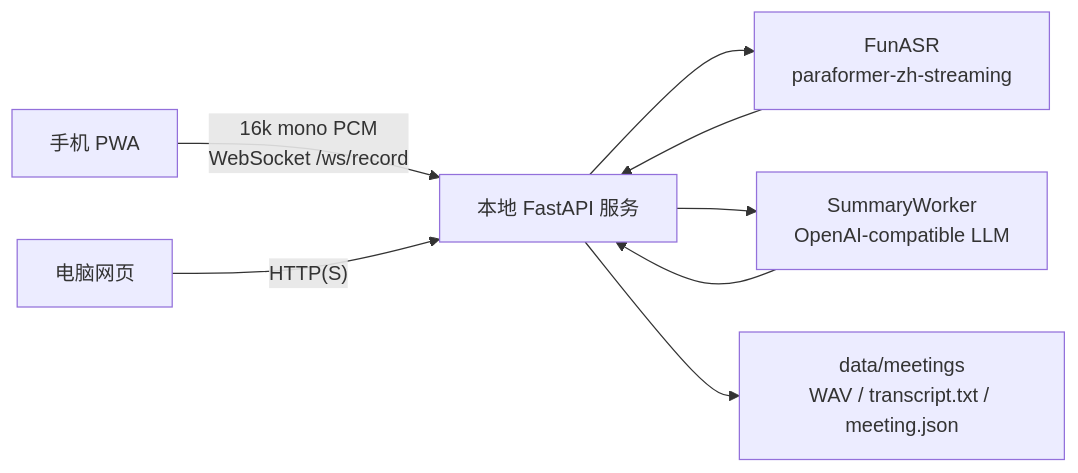
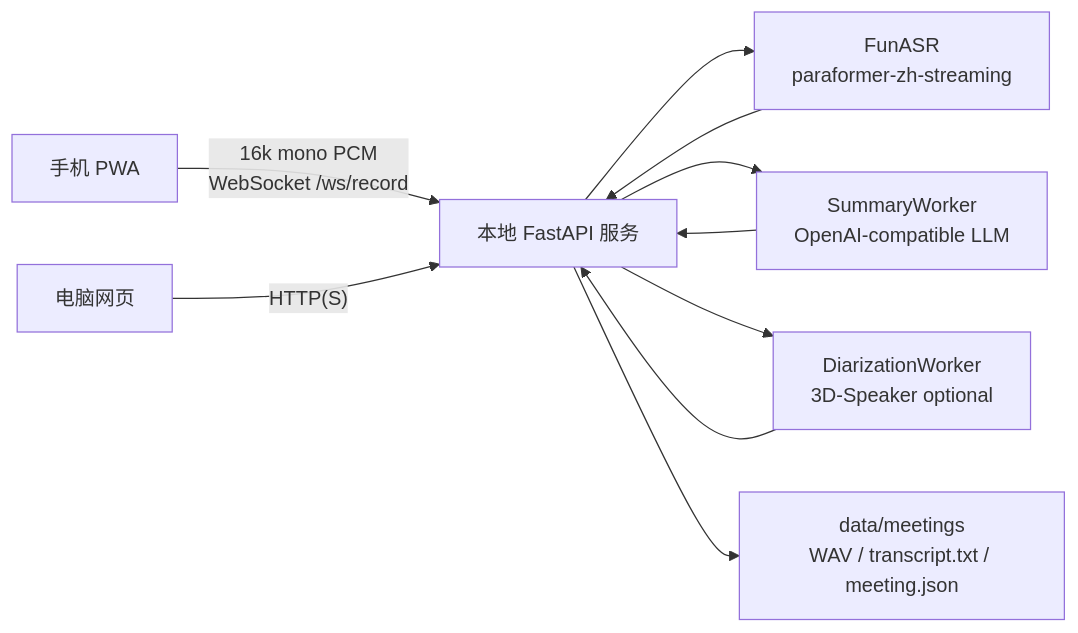
The diagram in docs/ARCHITECTURE.md (bhtbwh/miaoji), drawn with Mermaid before and after one commit. The commit also changed other lines of this file and 14 other files, not shown here.

Commit message:
Add post-meeting speaker diarization

````diff
--- a/docs/ARCHITECTURE.md
+++ b/docs/ARCHITECTURE.md
@@ -21,10 +23,12 @@
 ```mermaid
 flowchart LR
   Phone["手机 PWA"] -->|"16k mono PCM\nWebSocket /ws/record"| Server["本地 FastAPI 服务"]
   PC["电脑网页"] -->|"HTTP(S)"| Server
   Server --> ASR["FunASR\nparaformer-zh-streaming"]
   ASR --> Server
   Server --> Summary["SummaryWorker\nOpenAI-compatible LLM"]
   Summary --> Server
+  Server --> Diarization["DiarizationWorker\n3D-Speaker optional"]
+  Diarization --> Server
   Server --> Data["data/meetings\nWAV / transcript.txt / meeting.json"]
 ```
````
